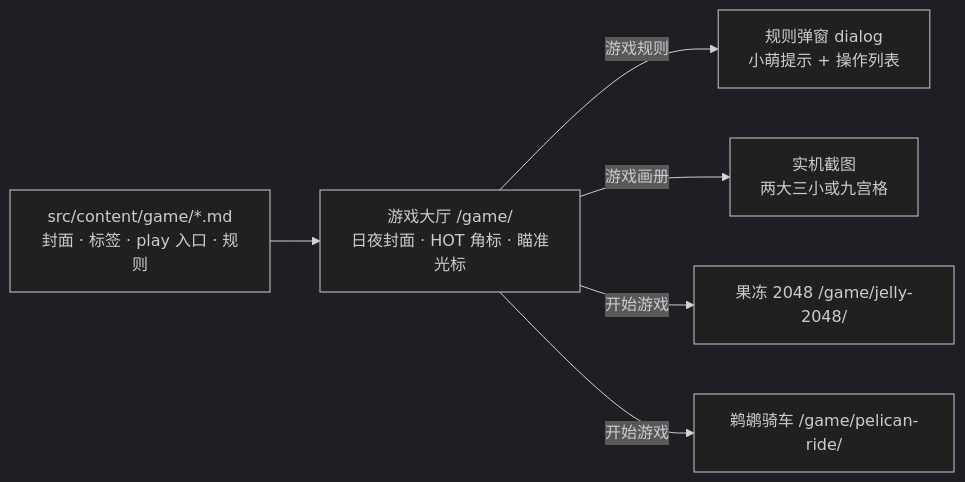
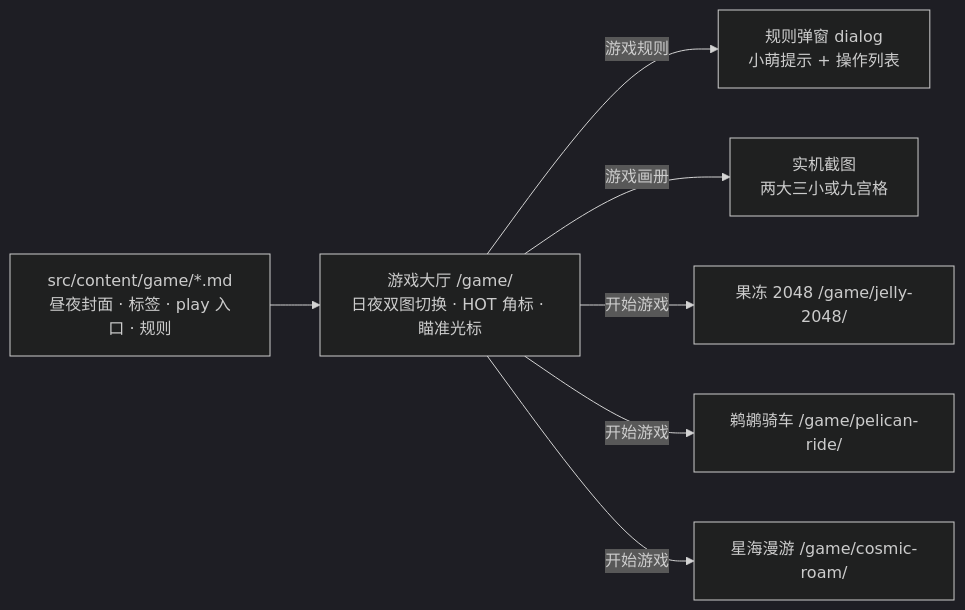
One commit to pluchon/link_cloudfare_website changed the seventh of 10 diagrams in src/content/project/硅基计划 个人网站项目 Cloudfare&GitHub仓库纯前端静态托管个人网站.md. Above: the diagram before and after it, drawn with Mermaid (dark theme). The commit also changed other lines of this file and 13 other files, not shown here.

````diff
--- a/src/content/project/硅基计划 个人网站项目 Cloudfare&GitHub仓库纯前端静态托管个人网站.md
+++ b/src/content/project/硅基计划 个人网站项目 Cloudfare&GitHub仓库纯前端静态托管个人网站.md
@@ -187,8 +189,9 @@
 ```mermaid
 flowchart LR
-    MD["src/content/game/*.md<br/>封面 · 标签 · play 入口 · 规则"] --> Lobby["游戏大厅 /game/<br/>日夜封面 · HOT 角标 · 瞄准光标"]
+    MD["src/content/game/*.md<br/>昼夜封面 · 标签 · play 入口 · 规则"] --> Lobby["游戏大厅 /game/<br/>日夜双图切换 · HOT 角标 · 瞄准光标"]
     Lobby -->|游戏规则| Modal["规则弹窗 dialog<br/>小萌提示 + 操作列表"]
     Lobby -->|游戏画册| Album["实机截图<br/>两大三小或九宫格"]
     Lobby -->|开始游戏| Play["果冻 2048 /game/jelly-2048/"]
     Lobby -->|开始游戏| Ride["鹈鹕骑车 /game/pelican-ride/"]
+    Lobby -->|开始游戏| Roam["星海漫游 /game/cosmic-roam/"]
 ```
````
